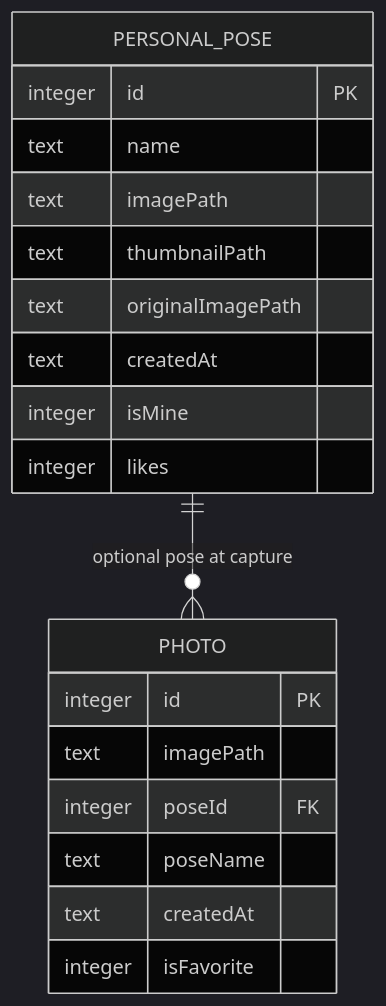
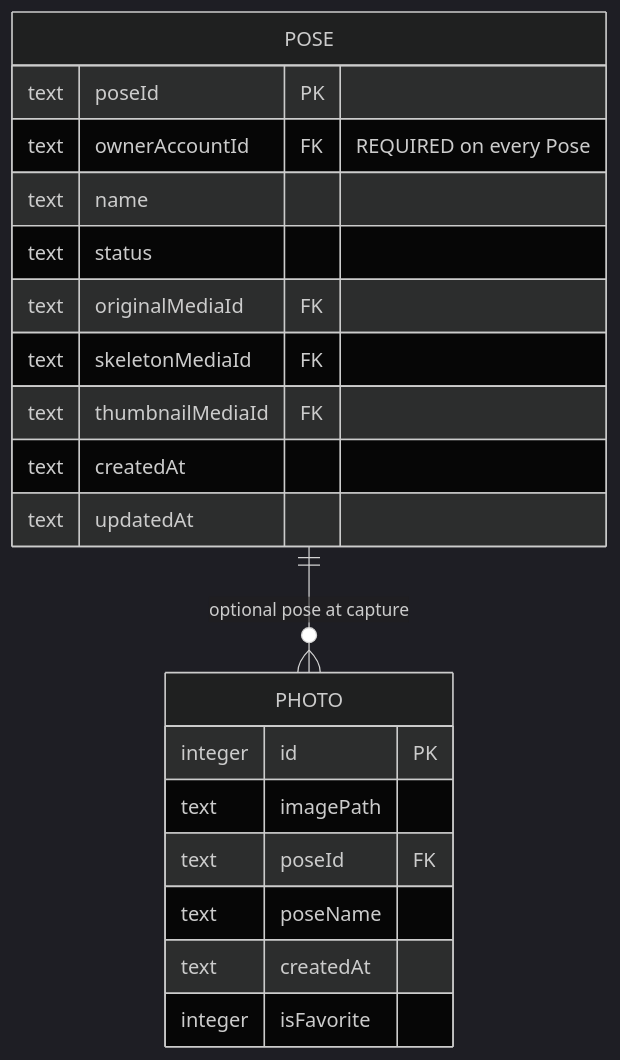
Before and after one commit to pnphongk23/posing-monorepo: the diagram in docs/spec/data/erd/mobile.md, drawn with Mermaid (dark theme). The commit also changed other lines of this file and 98 other files, not shown here.

````diff
--- a/docs/spec/data/erd/mobile.md
+++ b/docs/spec/data/erd/mobile.md
@@ -5,23 +8,24 @@
 ```mermaid
 erDiagram
-    PERSONAL_POSE ||--o{ PHOTO : "optional pose at capture"
+    POSE ||--o{ PHOTO : "optional pose at capture"
 
-    PERSONAL_POSE {
-        integer id PK
+    POSE {
+        text poseId PK
+        text ownerAccountId FK "REQUIRED on every Pose"
         text name
-        text imagePath
-        text thumbnailPath
-        text originalImagePath
+        text status
+        text originalMediaId FK
+        text skeletonMediaId FK
+        text thumbnailMediaId FK
         text createdAt
-        integer isMine
-        integer likes
+        text updatedAt
     }
     PHOTO {
         integer id PK
         text imagePath
-        integer poseId FK
+        text poseId FK
         text poseName
         text createdAt
         integer isFavorite
     }
 ```
````
